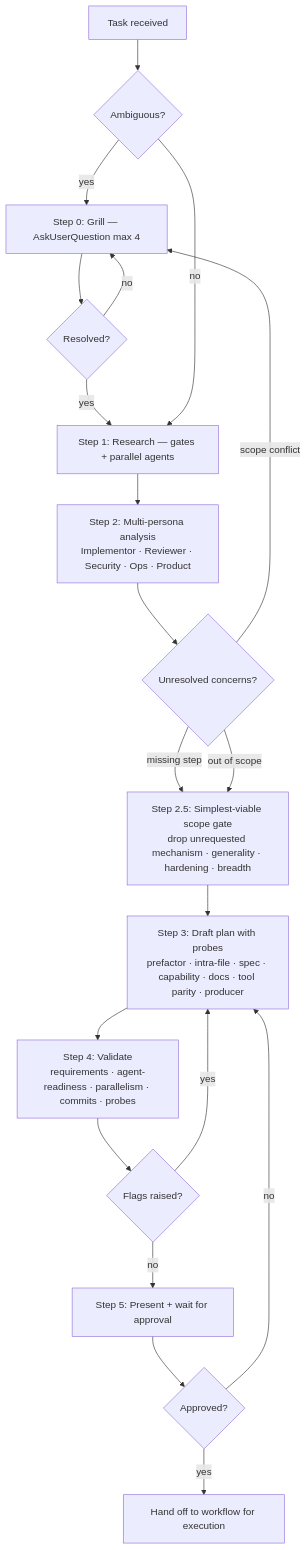
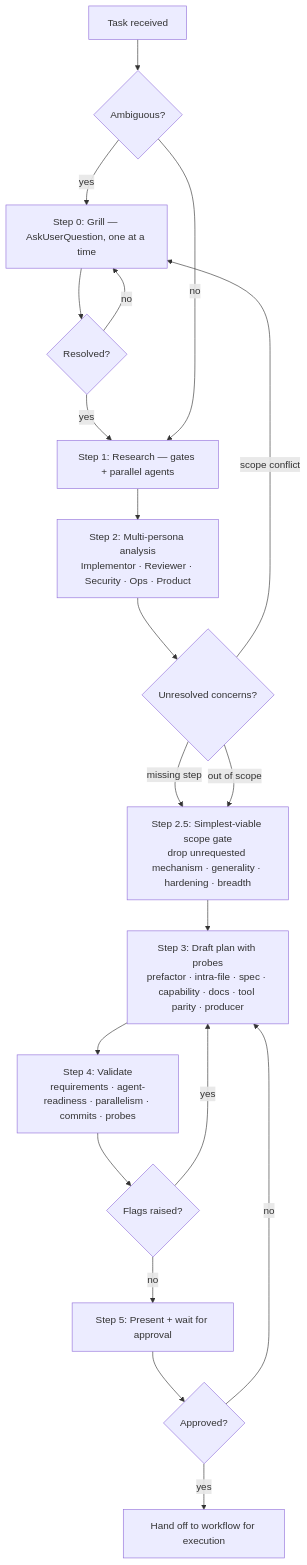
Before and after one commit to whizzzkid/skills: the diagram in skills/plan/README.md, drawn with Mermaid. The commit also changed other lines of this file and 3 other files, not shown here.

First line of the commit message:
feat(skills): 🦾 fold feedback learning — wk-plan grill asks one question at a time

````diff
--- a/skills/plan/README.md
+++ b/skills/plan/README.md
@@ -16,22 +16,22 @@
 ```mermaid
 flowchart TD
     A[Task received] --> B{Ambiguous?}
-    B -- yes --> C[Step 0: Grill — AskUserQuestion max 4]
+    B -- yes --> C[Step 0: Grill — AskUserQuestion, one at a time]
     C --> D{Resolved?}
     D -- no --> C
     D -- yes --> E
     B -- no --> E[Step 1: Research — gates + parallel agents]
     E --> F[Step 2: Multi-persona analysis<br/>Implementor · Reviewer · Security · Ops · Product]
     F --> G{Unresolved concerns?}
     G -- scope conflict --> C
     G -- missing step --> S
     G -- out of scope --> S
     S[Step 2.5: Simplest-viable scope gate<br/>drop unrequested mechanism · generality · hardening · breadth] --> H
     H[Step 3: Draft plan with probes<br/>prefactor · intra-file · spec · capability · docs · tool parity · producer] --> I[Step 4: Validate<br/>requirements · agent-readiness · parallelism · commits · probes]
     I --> J{Flags raised?}
     J -- yes --> H
     J -- no --> K[Step 5: Present + wait for approval]
     K --> L{Approved?}
     L -- no --> H
     L -- yes --> M[Hand off to workflow for execution]
 ```
````
